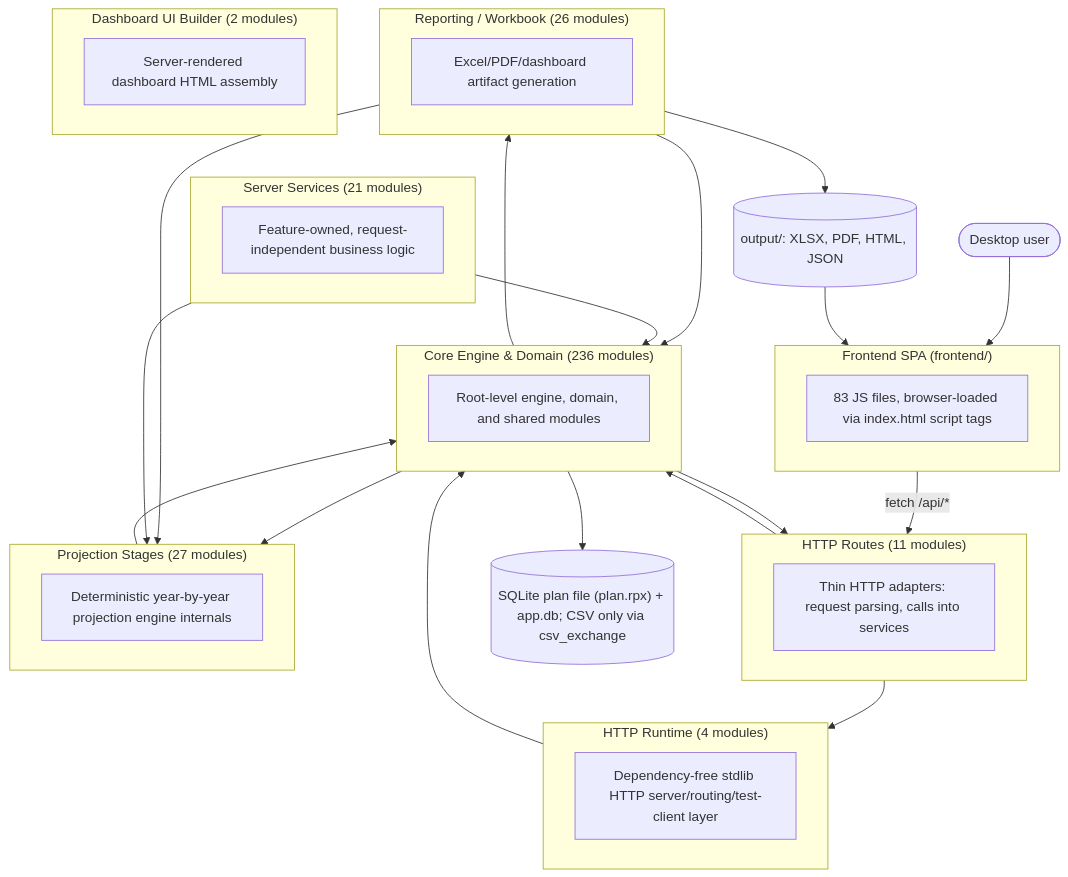
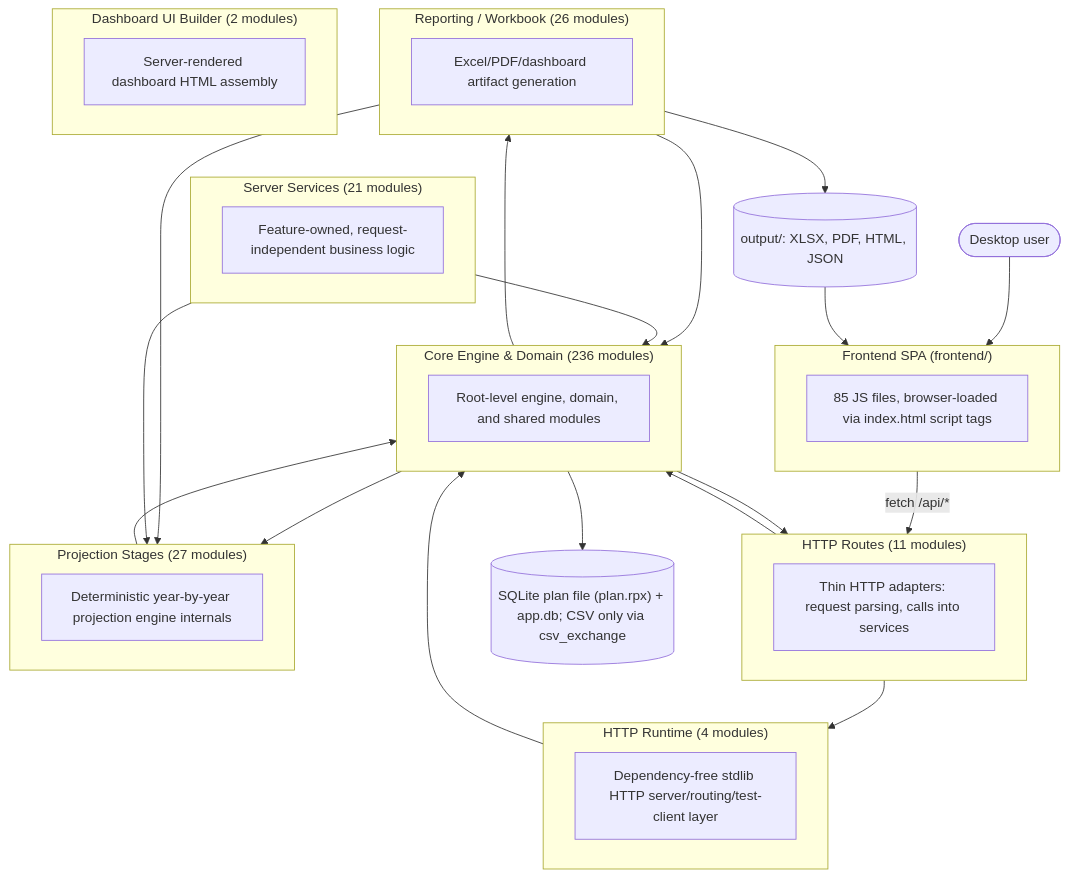
The first of 2 diagrams in documentation/reference/SYSTEM_ARCHITECTURE_DIAGRAM.md (matthartzman/retirement_system), drawn with Mermaid before and after one commit. The commit also changed other lines of this file and 7 other files, not shown here.

````diff
--- a/documentation/reference/SYSTEM_ARCHITECTURE_DIAGRAM.md
+++ b/documentation/reference/SYSTEM_ARCHITECTURE_DIAGRAM.md
@@ -11,43 +11,43 @@
 ```mermaid
 flowchart TB
     User(["Desktop user"]) --> FE
     subgraph FE["Frontend SPA (frontend/)"]
-        FEcount["83 JS files, browser-loaded via index.html script tags"]
+        FEcount["85 JS files, browser-loaded via index.html script tags"]
     end
     FE -->|fetch /api/*| L_HTTP_Routes
     subgraph L_HTTP_Routes["HTTP Routes (11 modules)"]
         L_HTTP_Routes_d["Thin HTTP adapters: request parsing, calls into services"]
     end
     subgraph L_Server_Services["Server Services (21 modules)"]
         L_Server_Services_d["Feature-owned, request-independent business logic"]
     end
     subgraph L_HTTP_Runtime["HTTP Runtime (4 modules)"]
         L_HTTP_Runtime_d["Dependency-free stdlib HTTP server/routing/test-client layer"]
     end
     subgraph L_Core_Engine___Domain["Core Engine & Domain (236 modules)"]
         L_Core_Engine___Domain_d["Root-level engine, domain, and shared modules"]
     end
     subgraph L_Projection_Stages["Projection Stages (27 modules)"]
         L_Projection_Stages_d["Deterministic year-by-year projection engine internals"]
     end
     subgraph L_Reporting___Workbook["Reporting / Workbook (26 modules)"]
         L_Reporting___Workbook_d["Excel/PDF/dashboard artifact generation"]
     end
     subgraph L_Dashboard_UI_Builder["Dashboard UI Builder (2 modules)"]
         L_Dashboard_UI_Builder_d["Server-rendered dashboard HTML assembly"]
     end
     L_Core_Engine___Domain --> L_HTTP_Routes
     L_Core_Engine___Domain --> L_Projection_Stages
     L_Core_Engine___Domain --> L_Reporting___Workbook
     L_HTTP_Routes --> L_Core_Engine___Domain
     L_HTTP_Routes --> L_HTTP_Runtime
     L_HTTP_Runtime --> L_Core_Engine___Domain
     L_Projection_Stages --> L_Core_Engine___Domain
     L_Reporting___Workbook --> L_Core_Engine___Domain
     L_Reporting___Workbook --> L_Projection_Stages
     L_Server_Services --> L_Core_Engine___Domain
     L_Server_Services --> L_Projection_Stages
     L_Core_Engine___Domain --> DB[("SQLite plan file (plan.rpx) + app.db; CSV only via csv_exchange")]
     L_Reporting___Workbook --> Outputs[("output/: XLSX, PDF, HTML, JSON")]
     Outputs --> FE
 ```
````
